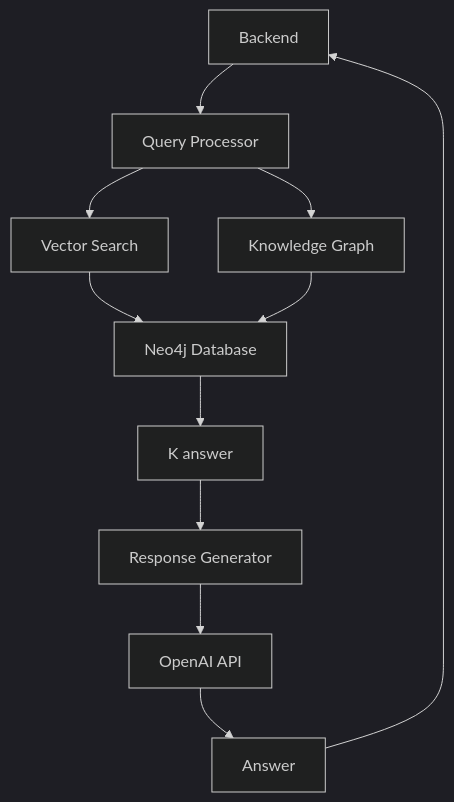
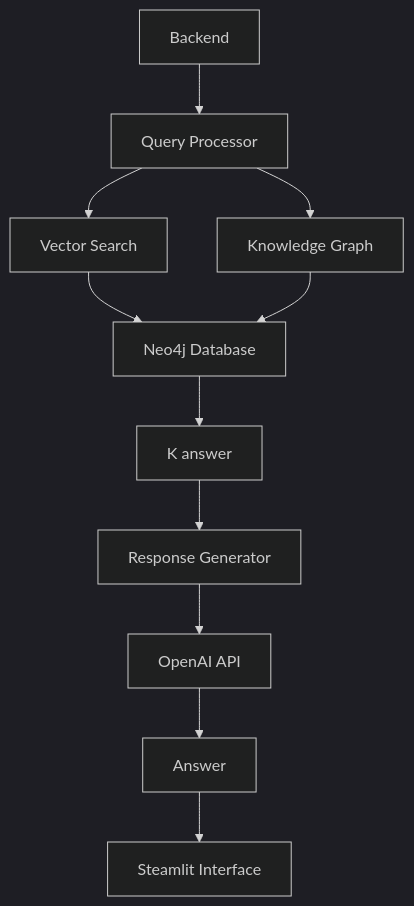
Before and after one commit to Nguyenkiettuan1/khoaluantotnghiep: the third of 3 diagrams in readme.md, drawn with Mermaid (dark theme).

````diff
--- a/readme.md
+++ b/readme.md
@@ -161,13 +161,13 @@
 ```mermaid
 graph TD
     A[Backend] --> B[Query Processor]
     B --> C[Vector Search]
     B --> D[Knowledge Graph]
     C --> E[Neo4j Database]
     D --> E
     F --> G[OpenAI API]
     E --> K[K answer]
     K --> F[Response Generator]
     G --> P[Answer]
-    P --> A
+    P --> M[Steamlit Interface]
 ```
````
